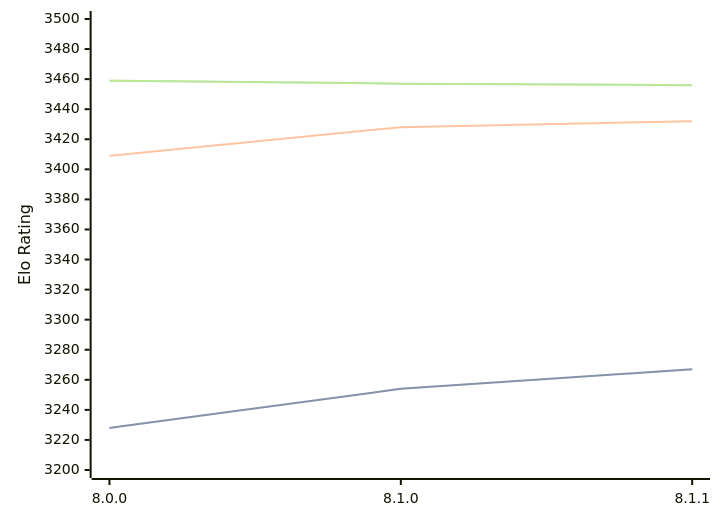
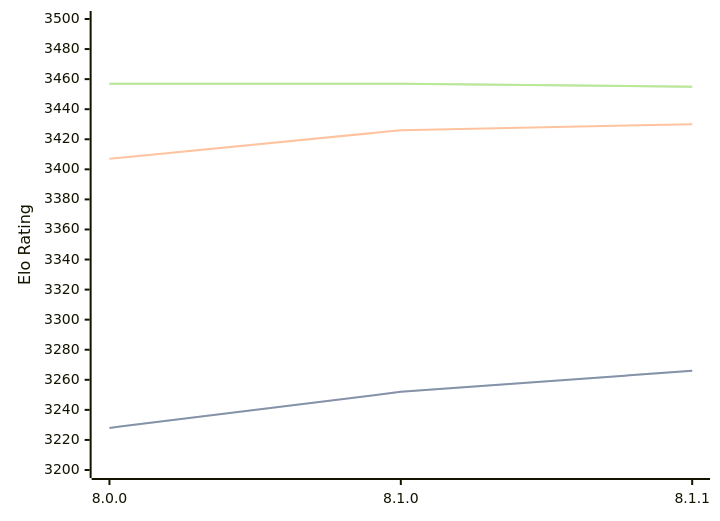
One commit to computer-chess-index/cci changed the third of 3 diagrams in engines/Velvet.md. Above: the diagram before and after it, drawn with Mermaid. The commit also changed other lines of this file, not shown here.

Commit message:
Update CCI Ratings (ELO VLTC) - 2026-06-27

````diff
--- a/engines/Velvet.md
+++ b/engines/Velvet.md
@@ -90,11 +90,11 @@
 ```mermaid
 %%{init: {"theme":"base","themeVariables":{"seriesColors:['#a3a3a3','#222221','#faa371']}}}%%
 xychart-beta
   x-axis ["8.0.0", "8.1.0", "8.1.1"]
   y-axis "Elo Rating" 3200 --> 3500
-  line "STC (8.0+0.08s)" [3228, 3254, 3267]
-  line "STC (8.0+0.08s)" [3228, 3254, 3267]
-  line "LTC (60.0+0.60s)" [3409, 3428, 3432]
-  line "VLTC (2m24s+1.12s)" [3459, 3457, 3456]
-  line "VLTC (2m24s+1.12s)" [3459, 3457, 3456]
+  line "STC (8.0+0.08s)" [3228, 3252, 3266]
+  line "STC (8.0+0.08s)" [3228, 3252, 3266]
+  line "LTC (60.0+0.60s)" [3407, 3426, 3430]
+  line "VLTC (2m24s+1.12s)" [3457, 3457, 3455]
+  line "VLTC (2m24s+1.12s)" [3457, 3457, 3455]
 ```
````
